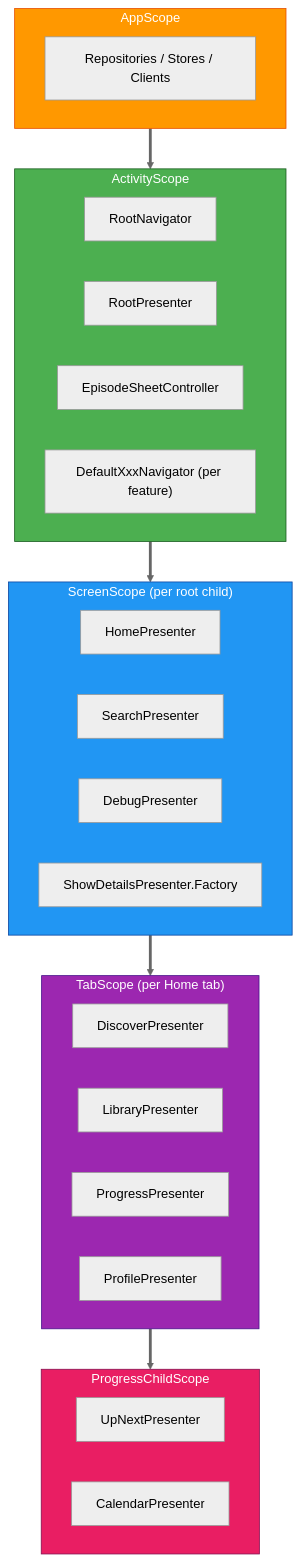
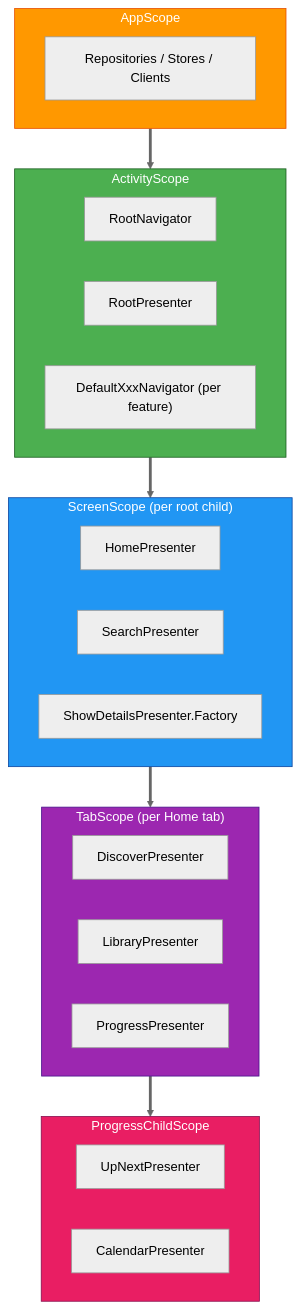
One commit to thomaskioko/tv-maniac changed the diagram in docs/architecture/NAVIGATION.md. Above: the diagram before and after it, drawn with Mermaid (neutral theme). The commit also changed other lines of this file and 473 other files, not shown here.

````diff
--- a/docs/architecture/NAVIGATION.md
+++ b/docs/architecture/NAVIGATION.md
@@ -9,48 +9,45 @@
 ```mermaid
 graph TD
     subgraph AS["AppScope"]
         direction LR
         R["Repositories / Stores / Clients"]
     end
 
     subgraph ACS["ActivityScope"]
         direction LR
         RN["RootNavigator"]
         RP["RootPresenter"]
-        EC["EpisodeSheetController"]
         NAV["DefaultXxxNavigator (per feature)"]
     end
 
     subgraph SS["ScreenScope (per root child)"]
         direction LR
         HP["HomePresenter"]
         SP["SearchPresenter"]
-        DP["DebugPresenter"]
         SDP["ShowDetailsPresenter.Factory"]
     end
 
     subgraph TS["TabScope (per Home tab)"]
         direction LR
         DIS["DiscoverPresenter"]
         LIB["LibraryPresenter"]
         PRG["ProgressPresenter"]
-        PRF["ProfilePresenter"]
     end
 
     subgraph PCS["ProgressChildScope"]
         direction LR
         UN["UpNextPresenter"]
         CAL["CalendarPresenter"]
     end
 
     AS ==> ACS
     ACS ==> SS
     SS ==> TS
     TS ==> PCS
 
     style AS fill:#FF9800,color:#fff,stroke:#E65100
     style ACS fill:#4CAF50,color:#fff,stroke:#1B5E20
     style SS fill:#2196F3,color:#fff,stroke:#0D47A1
     style TS fill:#9C27B0,color:#fff,stroke:#4A148C
     style PCS fill:#E91E63,color:#fff,stroke:#880E4F
 ```
````
